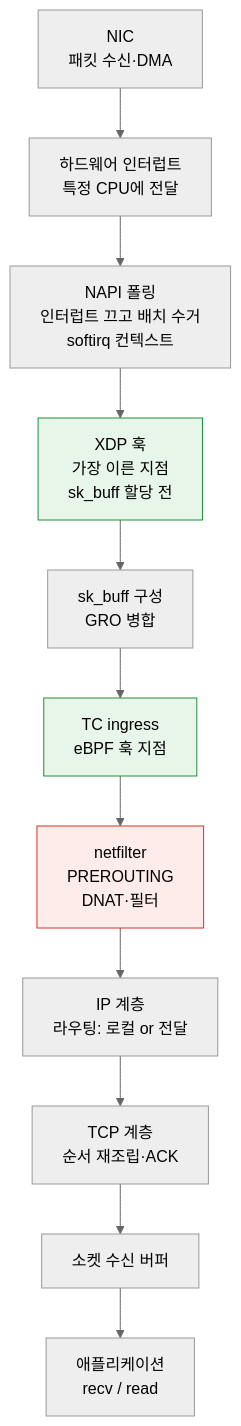
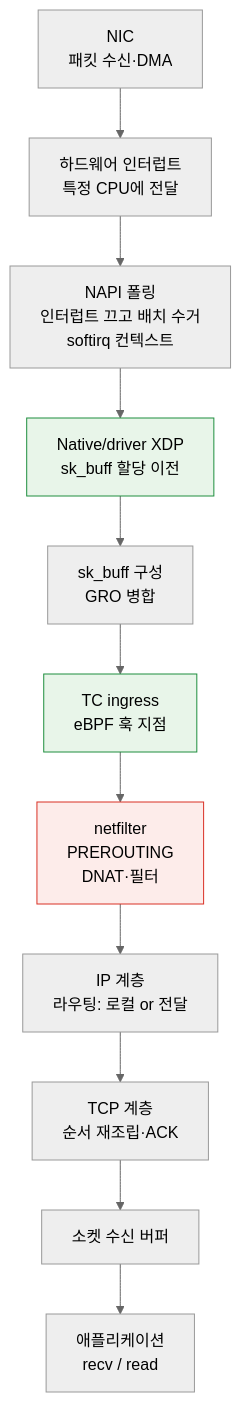
One commit to Atom-oh/kubernetes-docs changed the second of 2 diagrams in ko/kernel/02-network-stack.md. Above: the diagram before and after it, drawn with Mermaid (neutral theme). The commit also changed other lines of this file and 62 other files, not shown here.

````diff
--- a/ko/kernel/02-network-stack.md
+++ b/ko/kernel/02-network-stack.md
@@ -137,17 +137,17 @@
 ```mermaid
 graph TB
     NIC2["NIC<br/>패킷 수신·DMA"] --> IRQ["하드웨어 인터럽트<br/>특정 CPU에 전달"]
     IRQ --> NAPI["NAPI 폴링<br/>인터럽트 끄고 배치 수거<br/>softirq 컨텍스트"]
-    NAPI --> XDPH["XDP 훅<br/>가장 이른 지점<br/>sk_buff 할당 전"]
+    NAPI --> XDPH["Native/driver XDP<br/>sk_buff 할당 이전"]
     XDPH --> SKB["sk_buff 구성<br/>GRO 병합"]
     SKB --> TCI["TC ingress<br/>eBPF 훅 지점"]
     TCI --> NFP["netfilter<br/>PREROUTING<br/>DNAT·필터"]
     NFP --> L3R["IP 계층<br/>라우팅: 로컬 or 전달"]
     L3R --> L4R["TCP 계층<br/>순서 재조립·ACK"]
     L4R --> SKR["소켓 수신 버퍼"]
     SKR --> APP2["애플리케이션<br/>recv / read"]
 
     style XDPH fill:#e8f5e9,stroke:#1e8e3e
     style TCI fill:#e8f5e9,stroke:#1e8e3e
     style NFP fill:#fdecea,stroke:#d93025
 ```
````
